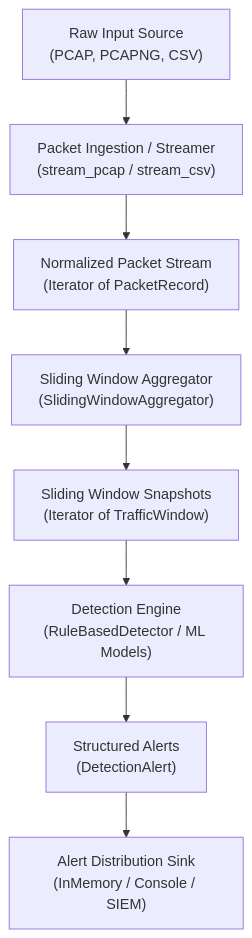
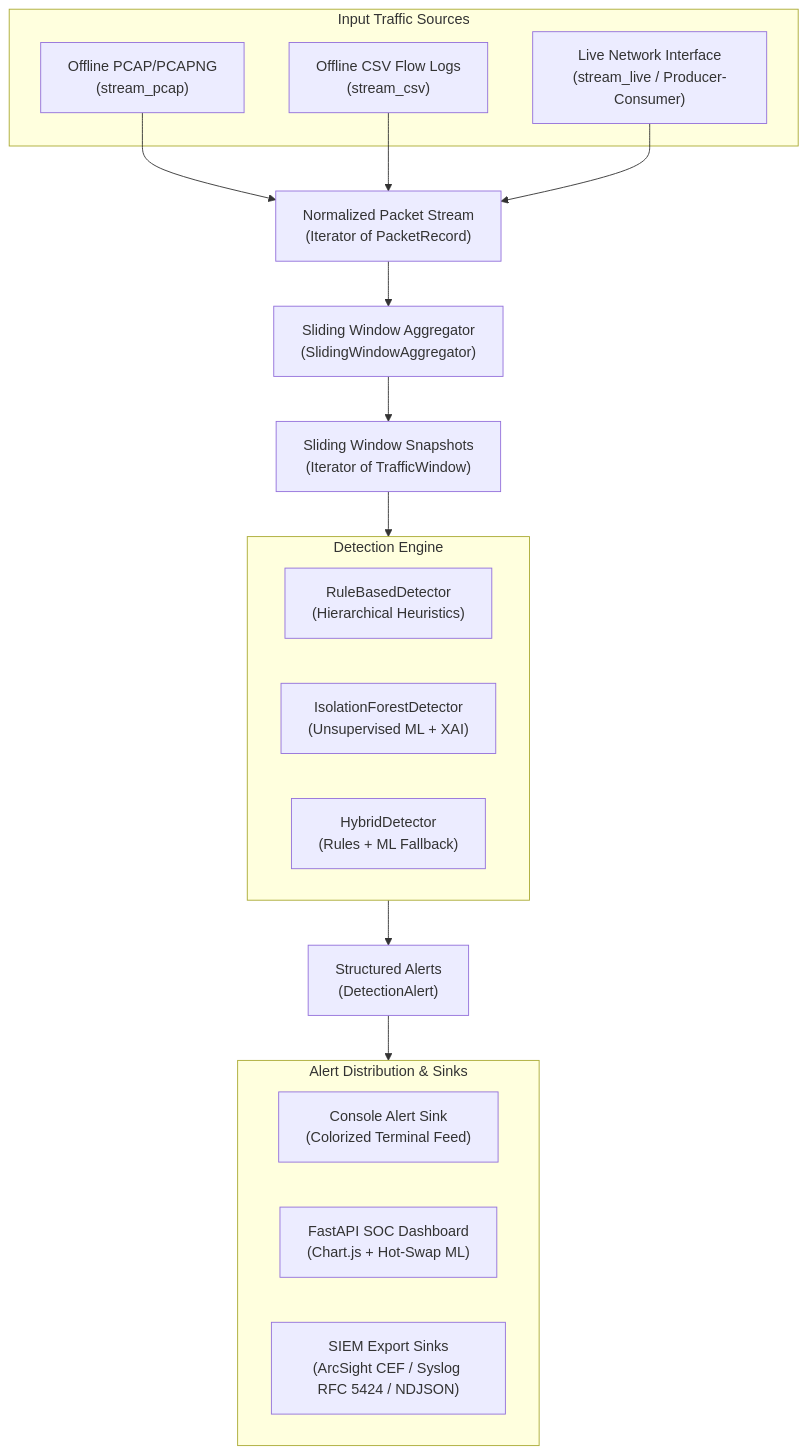
Before and after one commit to Karman1818/DoS-attack-detector: the diagram in docs/architecture.md, drawn with Mermaid. The commit also changed other lines of this file and 1 other file, not shown here.

Commit message:
docs: synchronize README and architecture documentation with full v0.1.0 feature set

````diff
--- a/docs/architecture.md
+++ b/docs/architecture.md
@@ -26,10 +26,45 @@
 ```mermaid
 flowchart TD
-    A["Raw Input Source\n(PCAP, PCAPNG, CSV)"] --> B["Packet Ingestion / Streamer\n(stream_pcap / stream_csv)"]
-    B --> C["Normalized Packet Stream\n(Iterator of PacketRecord)"]
-    C --> D["Sliding Window Aggregator\n(SlidingWindowAggregator)"]
-    D --> E["Sliding Window Snapshots\n(Iterator of TrafficWindow)"]
-    E --> F["Detection Engine\n(RuleBasedDetector / ML Models)"]
-    F --> G["Structured Alerts\n(DetectionAlert)"]
-    G --> H["Alert Distribution Sink\n(InMemory / Console / SIEM)"]
+    subgraph Sources ["Input Traffic Sources"]
+        A1["Offline PCAP/PCAPNG
+(stream_pcap)"]
+        A2["Offline CSV Flow Logs
+(stream_csv)"]
+        A3["Live Network Interface
+(stream_live / Producer-Consumer)"]
+    end
+
+    A1 --> C["Normalized Packet Stream
+(Iterator of PacketRecord)"]
+    A2 --> C
+    A3 --> C
+
+    C --> D["Sliding Window Aggregator
+(SlidingWindowAggregator)"]
+    D --> E["Sliding Window Snapshots
+(Iterator of TrafficWindow)"]
+
+    subgraph Detectors ["Detection Engine"]
+        F1["RuleBasedDetector
+(Hierarchical Heuristics)"]
+        F2["IsolationForestDetector
+(Unsupervised ML + XAI)"]
+        F3["HybridDetector
+(Rules + ML Fallback)"]
+    end
+
+    E --> Detectors
+    Detectors --> G["Structured Alerts
+(DetectionAlert)"]
+
+    subgraph Outputs ["Alert Distribution & Sinks"]
+        H1["Console Alert Sink
+(Colorized Terminal Feed)"]
+        H2["FastAPI SOC Dashboard
+(Chart.js + Hot-Swap ML)"]
+        H3["SIEM Export Sinks
+(ArcSight CEF / Syslog RFC 5424 / NDJSON)"]
+    end
+
+    G --> Outputs
 ```
````
